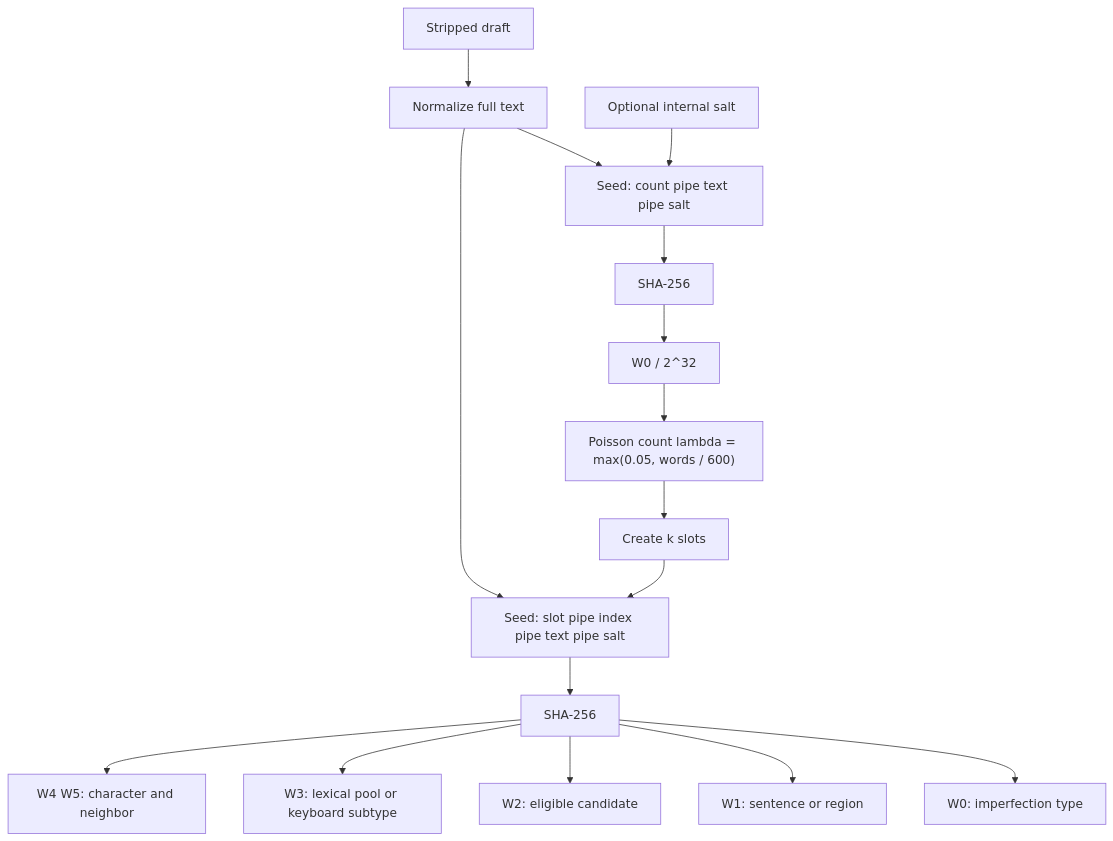
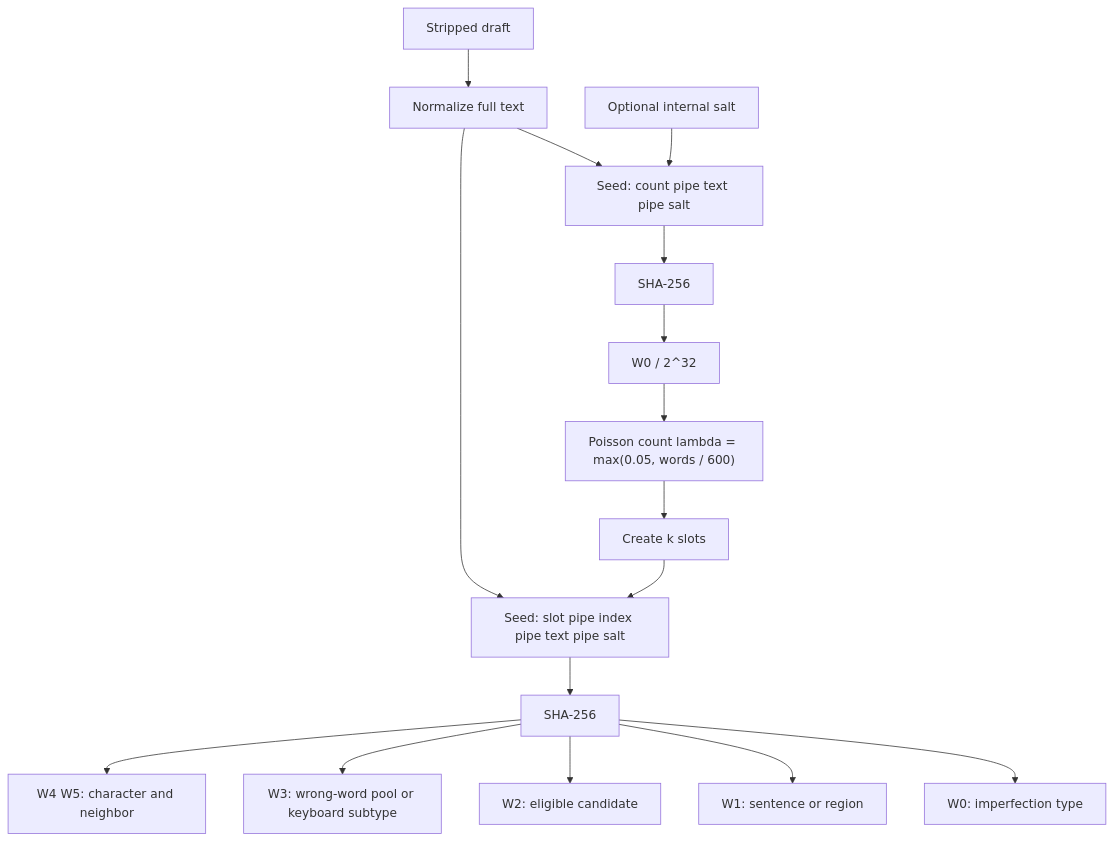
One commit to wilu222/unpolish-ai-writing changed the diagram in references/imperfections.md. Above: the diagram before and after it, drawn with Mermaid. The commit also changed other lines of this file and 2 other files, not shown here.

Commit message:
Add Pool A homophones, rename lexical slip to wrong_word, and reweight types for autocorrect

````diff
--- a/references/imperfections.md
+++ b/references/imperfections.md
@@ -15,18 +15,18 @@
 ```mermaid
 flowchart TD
   draft[Stripped draft] --> normalize[Normalize full text]
   salt[Optional internal salt] --> countSeed
   normalize --> countSeed["Seed: count pipe text pipe salt"]
   countSeed --> countHash[SHA-256]
   countHash --> countRoll["W0 / 2^32"]
   countRoll --> poisson["Poisson count lambda = max(0.05, words / 600)"]
   poisson --> slots[Create k slots]
   normalize --> slotSeed["Seed: slot pipe index pipe text pipe salt"]
   slots --> slotSeed
   slotSeed --> slotHash[SHA-256]
   slotHash --> typeRoll["W0: imperfection type"]
   slotHash --> locationRoll["W1: sentence or region"]
   slotHash --> candidateRoll["W2: eligible candidate"]
-  slotHash --> subtypeRoll["W3: lexical pool or keyboard subtype"]
+  slotHash --> subtypeRoll["W3: wrong-word pool or keyboard subtype"]
   slotHash --> mutationRoll["W4 W5: character and neighbor"]
 ```
````
